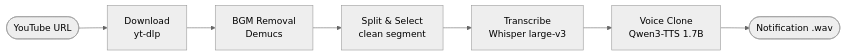
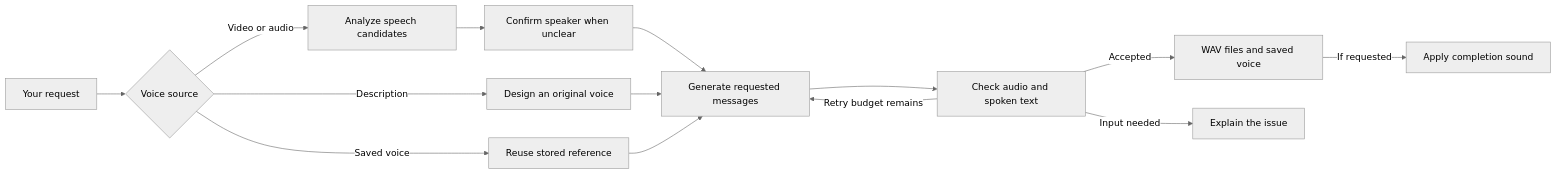
Before and after one commit to t1seo/voice-of-karina: the diagram in README.md, drawn with Mermaid (neutral theme). The commit also changed other lines of this file and 116 other files, not shown here.

````diff
--- a/README.md
+++ b/README.md
@@ -52,9 +51,16 @@
 ```mermaid
 flowchart LR
-    A([YouTube URL]) --> B[Download<br/>yt-dlp]
-    B --> C[BGM Removal<br/>Demucs]
-    C --> D[Split &amp; Select<br/>clean segment]
-    D --> E[Transcribe<br/>Whisper large-v3]
-    E --> F[Voice Clone<br/>Qwen3-TTS 1.7B]
-    F --> G([Notification .wav])
+    A[Your request] --> B{Voice source}
+    B -->|Video or audio| C[Analyze speech candidates]
+    C --> D[Confirm speaker when unclear]
+    B -->|Description| E[Design an original voice]
+    B -->|Saved voice| F[Reuse stored reference]
+    D --> G[Generate requested messages]
+    E --> G
+    F --> G
+    G --> H[Check audio and spoken text]
+    H -->|Accepted| I[WAV files and saved voice]
+    H -->|Retry budget remains| G
+    H -->|Input needed| J[Explain the issue]
+    I -->|If requested| K[Apply completion sound]
 ```
````
